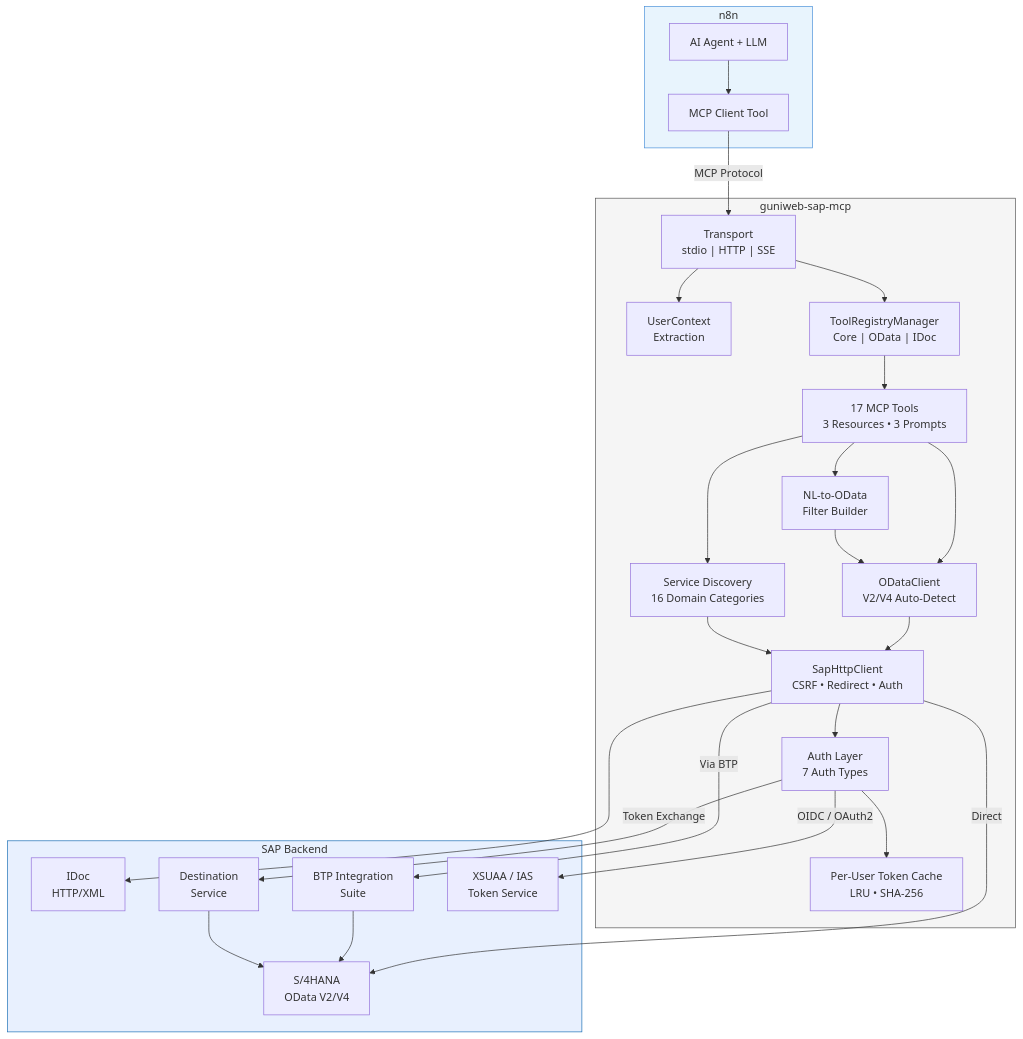
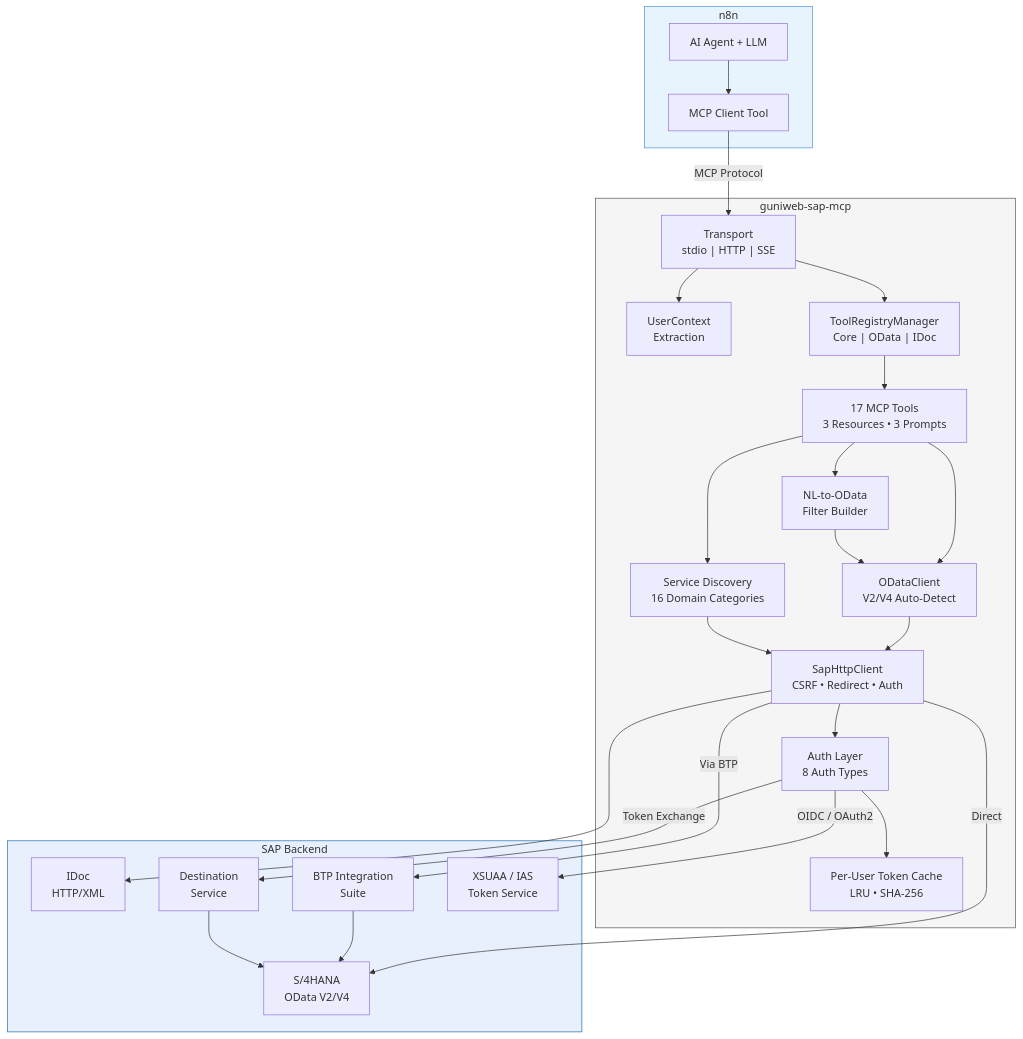
Before and after one commit to guniweb/guniweb-sap-mcp: the third of 5 diagrams in README.md, drawn with Mermaid. The commit also changed other lines of this file and 4 other files, not shown here.

````diff
--- a/README.md
+++ b/README.md
@@ -342,54 +377,54 @@
 ```mermaid
 graph TB
     subgraph n8n["n8n"]
         Agent["AI Agent + LLM"]
         MCPClient["MCP Client Tool"]
         Agent --> MCPClient
     end
 
     subgraph Server["guniweb-sap-mcp"]
         Transport["Transport<br/>stdio | HTTP | SSE"]
         UserCtx["UserContext<br/>Extraction"]
         Registry["ToolRegistryManager<br/>Core | OData | IDoc"]
         Tools["17 MCP Tools<br/>3 Resources &bull; 3 Prompts"]
         OData["ODataClient<br/>V2/V4 Auto-Detect"]
         Discovery["Service Discovery<br/>16 Domain Categories"]
         NLQuery["NL-to-OData<br/>Filter Builder"]
         HTTP["SapHttpClient<br/>CSRF &bull; Redirect &bull; Auth"]
-        Auth["Auth Layer<br/>7 Auth Types"]
+        Auth["Auth Layer<br/>8 Auth Types"]
         Cache["Per-User Token Cache<br/>LRU &bull; SHA-256"]
 
         Transport --> UserCtx
         Transport --> Registry
         Registry --> Tools
         Tools --> OData
         Tools --> Discovery
         Tools --> NLQuery
         OData --> HTTP
         Discovery --> HTTP
         NLQuery --> OData
         HTTP --> Auth
         Auth --> Cache
     end
 
     subgraph SAP["SAP Backend"]
         S4["S/4HANA<br/>OData V2/V4"]
         IDoc["IDoc<br/>HTTP/XML"]
         BTPSuite["BTP Integration<br/>Suite"]
         DestSvc["Destination<br/>Service"]
         TokenSvc["XSUAA / IAS<br/>Token Service"]
     end
 
     MCPClient -->|MCP Protocol| Transport
     HTTP -->|Direct| S4
     HTTP -->|Via BTP| BTPSuite
     BTPSuite --> S4
     HTTP --> IDoc
     Auth -->|Token Exchange| DestSvc
     Auth -->|OIDC / OAuth2| TokenSvc
     DestSvc --> S4
 
     style n8n fill:#e8f4fd,stroke:#4a90d9
     style Server fill:#f5f5f5,stroke:#555
     style SAP fill:#e8f0fe,stroke:#1a6fb5
 ```
````
